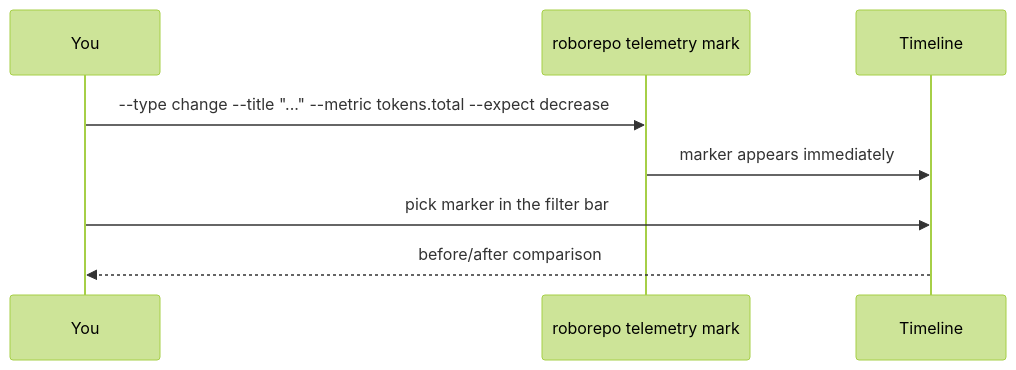
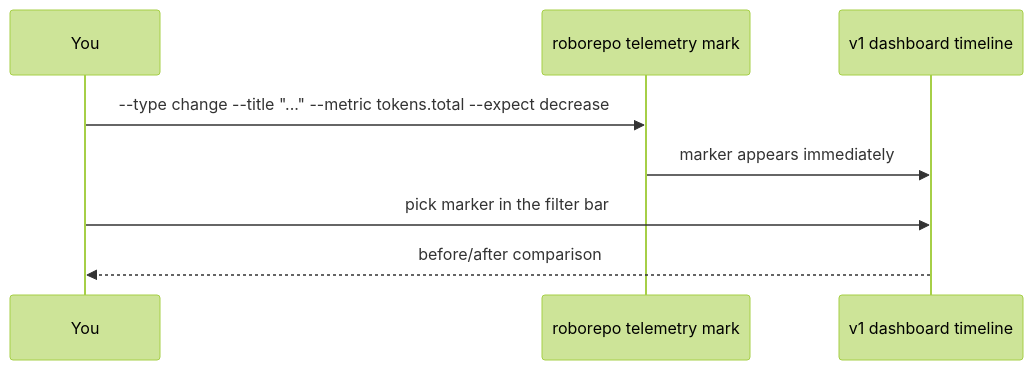
The first of 4 diagrams in docs/user/guides/telemetry.md (kirinmurphy/roborepo), drawn with Mermaid (forest theme) before and after one commit. The commit also changed other lines of this file and 72 other files, not shown here.

````diff
--- a/docs/user/guides/telemetry.md
+++ b/docs/user/guides/telemetry.md
@@ -64,10 +89,10 @@
 ```mermaid
 sequenceDiagram
   participant You
   participant CLI as roborepo telemetry mark
-  participant Timeline
+  participant Timeline as v1 dashboard timeline
   You->>CLI: --type change --title "..." --metric tokens.total --expect decrease
   CLI->>Timeline: marker appears immediately
   You->>Timeline: pick marker in the filter bar
   Timeline-->>You: before/after comparison
 ```
````
